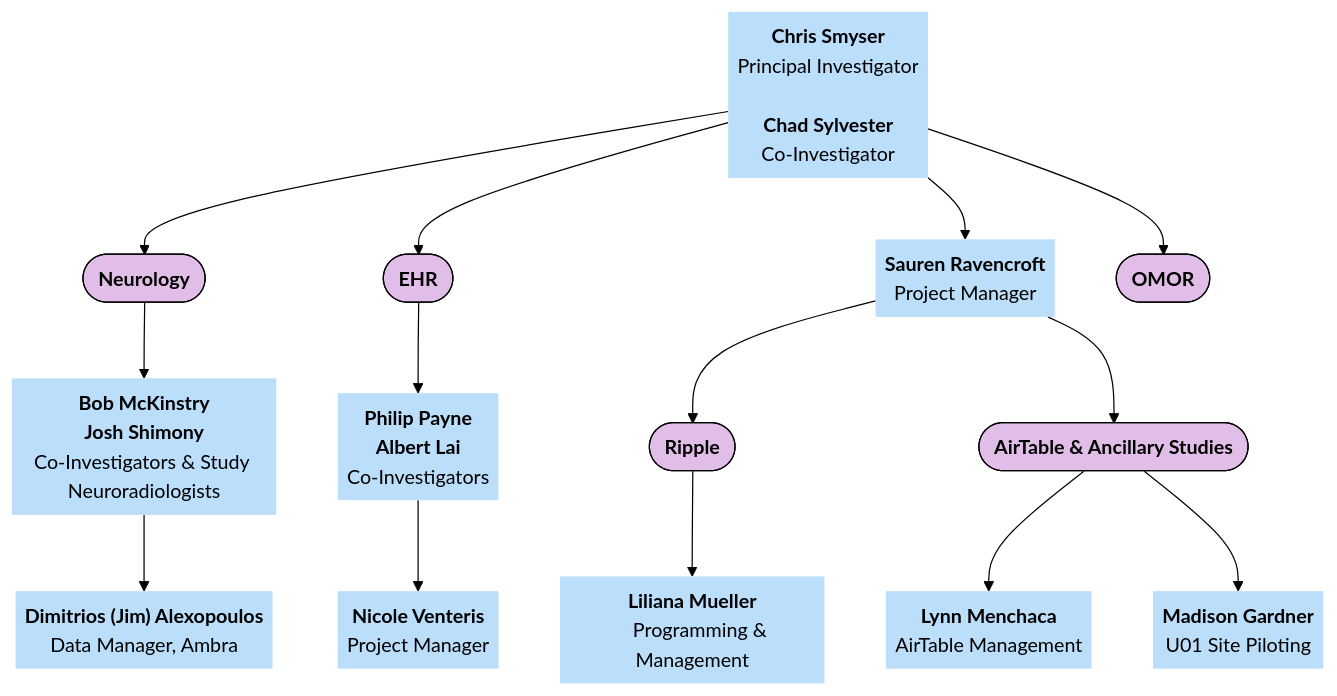
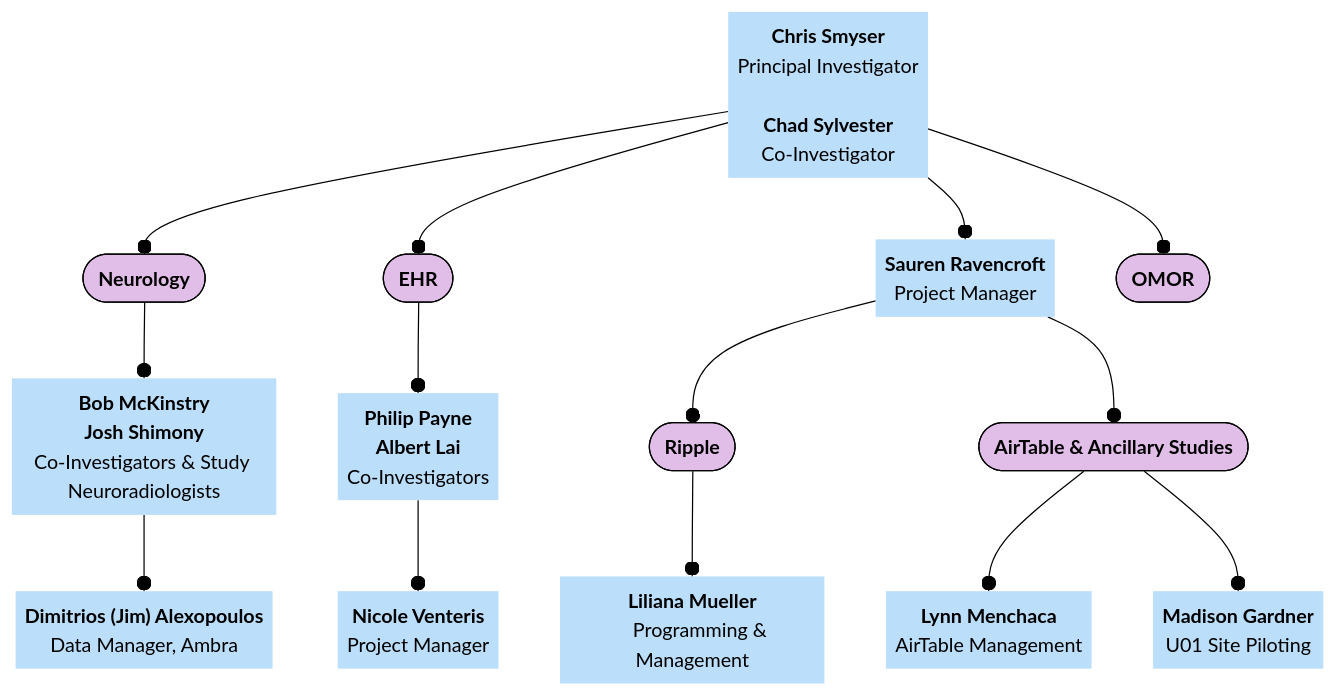
One commit to DCAN-Labs/hbcd-docs-internal changed the tenth of 11 diagrams in docs/orgcharts.md. Above: the diagram before and after it, drawn with Mermaid (forest theme). The commit also changed other lines of this file, not shown here.

````diff
--- a/docs/orgcharts.md
+++ b/docs/orgcharts.md
@@ -571,44 +571,44 @@
 ```mermaid
 ---
 config:
   layout: dagre
 ---
 flowchart TB
     A["<b>Chris Smyser</b><br>Principal Investigator<br>
-    <b>Chad Sylvester</b><br>Co-Investigator"] --> neurology(["<b>Neurology</b>"]) & C(["<b>EHR</b><br>"]) & B["<b>Sauren Ravencroft</b><br>Project Manager"] & n11(["<b>OMOR</b>"])
-    neurology --> n1["<b>Bob McKinstry</b><br><b>Josh Shimony</b><br>Co-Investigators &amp; Study Neuroradiologists"]
-    n1 --> n2["<b>Dimitrios (Jim) Alexopoulos</b>
+    <b>Chad Sylvester</b><br>Co-Investigator"] --o neurology(["<b>Neurology</b>"]) & C(["<b>EHR</b><br>"]) & B["<b>Sauren Ravencroft</b><br>Project Manager"] & n11(["<b>OMOR</b>"])
+    neurology --o n1["<b>Bob McKinstry</b><br><b>Josh Shimony</b><br>Co-Investigators &amp; Study Neuroradiologists"]
+    n1 --o n2["<b>Dimitrios (Jim) Alexopoulos</b>
     Data Manager, Ambra"]
-    C --> n3["<b>Philip Payne</b><br><b>Albert Lai</b>
+    C --o n3["<b>Philip Payne</b><br><b>Albert Lai</b>
     Co-Investigators"]
-    n3 --> n4["<b>Nicole Venteris</b><br>Project Manager"]
-    B --> n5(["<b>Ripple</b>"]) & n6(["<b>AirTable &amp; Ancillary Studies</b>"])
-    n5 --> n8["<b>Liliana Mueller</b>
+    n3 --o n4["<b>Nicole Venteris</b><br>Project Manager"]
+    B --o n5(["<b>Ripple</b>"]) & n6(["<b>AirTable &amp; Ancillary Studies</b>"])
+    n5 --o n8["<b>Liliana Mueller</b>
     Programming &amp; Management"]
-    n6 --> n9["<b>Lynn Menchaca</b>
+    n6 --o n9["<b>Lynn Menchaca</b>
     AirTable Management<br>"] & n10["<b>Madison Gardner</b>
     U01 Site Piloting"]
     A@{ shape: text}
     B@{ shape: text}
     n1@{ shape: text}
     n2@{ shape: text}
     n3@{ shape: text}
     n4@{ shape: text}
     n8@{ shape: text}
     n9@{ shape: text}
     n10@{ shape: text}
     style A fill:#BBDEFB
     style neurology fill:#E1BEE7,stroke:#000000
     style C stroke:#000000,fill:#E1BEE7
     style B fill:#BBDEFB
     style n11 stroke:#000000,fill:#E1BEE7
     style n1 fill:#BBDEFB
     style n2 fill:#BBDEFB
     style n3 fill:#BBDEFB
     style n4 fill:#BBDEFB
     style n5 fill:#E1BEE7,stroke:#000000
     style n6 fill:#E1BEE7,stroke:#000000
     style n8 fill:#BBDEFB,stroke:none
     style n9 fill:#BBDEFB
     style n10 fill:#BBDEFB
 ```
````
